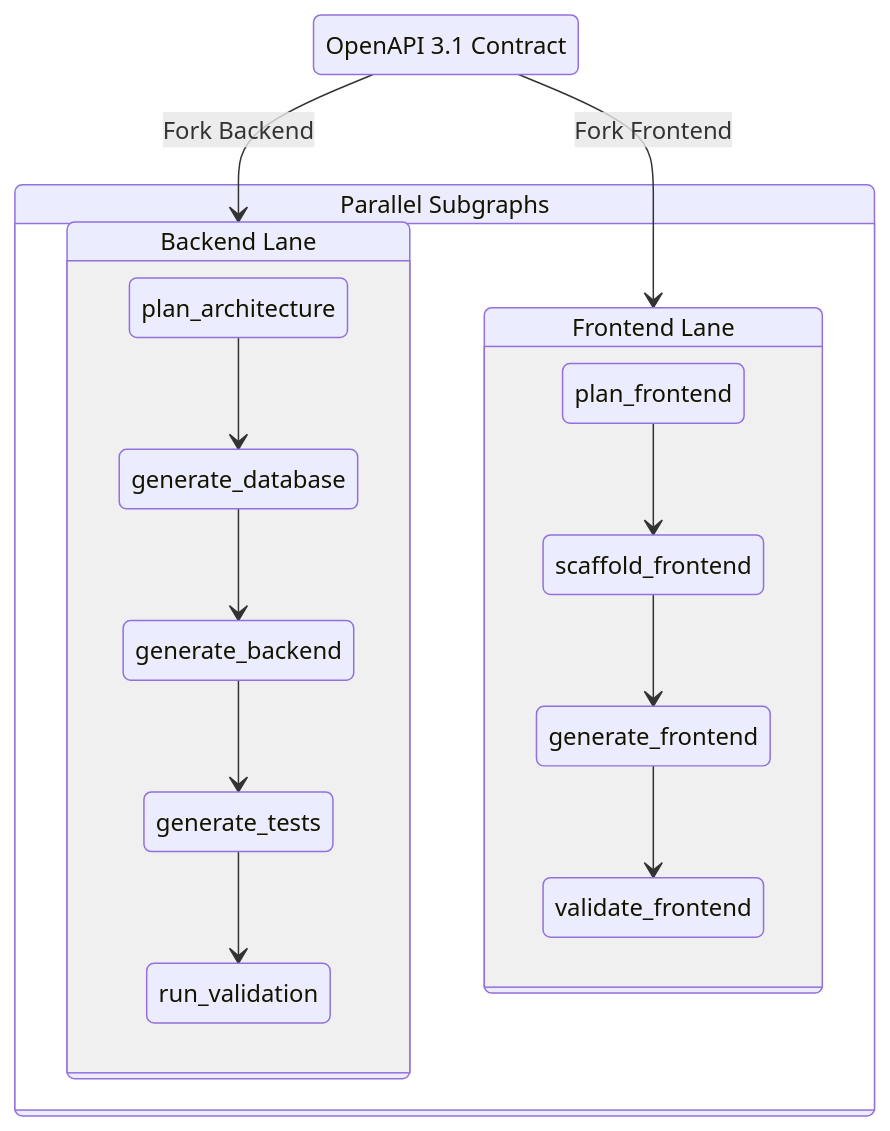
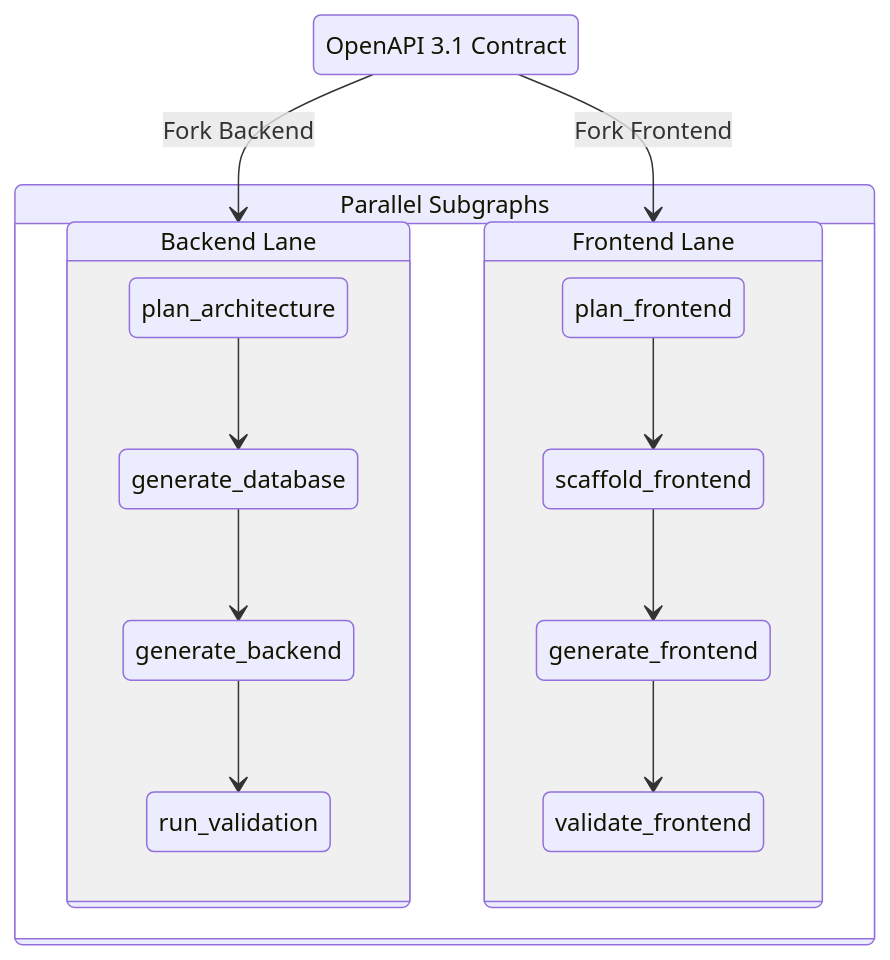
One commit to longtk26/fullstack-agent changed the first of 2 diagrams in docs/business-workflow.md. Above: the diagram before and after it, drawn with Mermaid. The commit also changed other lines of this file and 74 other files, not shown here.

````diff
--- a/docs/business-workflow.md
+++ b/docs/business-workflow.md
@@ -74,23 +74,22 @@
 ```mermaid
 stateDiagram-v2
     direction TB
     OpenAPIContract: OpenAPI 3.1 Contract
     
     state "Parallel Subgraphs" as Subgraphs {
         direction LR
         state "Backend Lane" as BE {
             plan_architecture --> generate_database
             generate_database --> generate_backend
-            generate_backend --> generate_tests
-            generate_tests --> run_validation
+            generate_backend --> run_validation
         }
         state "Frontend Lane" as FE {
             plan_frontend --> scaffold_frontend
             scaffold_frontend --> generate_frontend
             generate_frontend --> validate_frontend
         }
     }
     
     OpenAPIContract --> BE: Fork Backend
     OpenAPIContract --> FE: Fork Frontend
 ```
````
